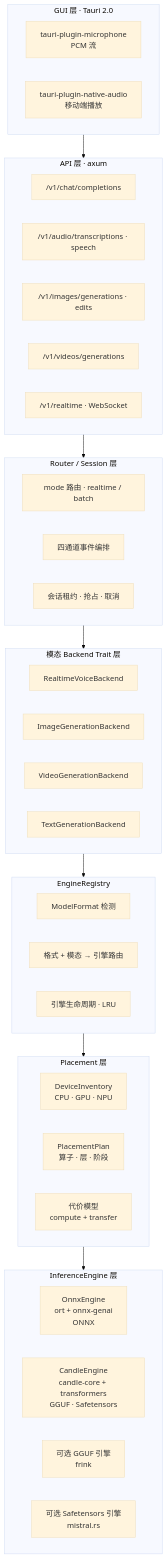
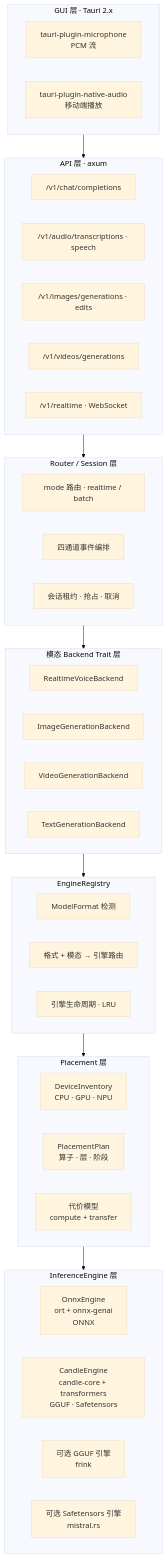
One commit to hongweifei/UniInfer changed the diagram in docs/DESIGN.md. Above: the diagram before and after it, drawn with Mermaid (base theme). The commit also changed other lines of this file and 2 other files, not shown here.

````diff
--- a/docs/DESIGN.md
+++ b/docs/DESIGN.md
@@ -22,50 +22,50 @@
 ```mermaid
 flowchart TB
     subgraph API["API 层 · axum"]
         A1["/v1/chat/completions"]
         A2["/v1/audio/transcriptions · speech"]
         A3["/v1/images/generations · edits"]
         A4["/v1/videos/generations"]
         A5["/v1/realtime · WebSocket"]
     end
 
     subgraph Router["Router / Session 层"]
         R1["mode 路由 · realtime / batch"]
         R2["四通道事件编排"]
         R3["会话租约 · 抢占 · 取消"]
     end
 
     subgraph Traits["模态 Backend Trait 层"]
         T1["RealtimeVoiceBackend"]
         T2["ImageGenerationBackend"]
         T3["VideoGenerationBackend"]
         T4["TextGenerationBackend"]
     end
 
     subgraph Registry["EngineRegistry"]
         RG1["ModelFormat 检测"]
         RG2["格式 + 模态 → 引擎路由"]
         RG3["引擎生命周期 · LRU"]
     end
 
     subgraph Placement["Placement 层"]
         P1["DeviceInventory<br/>CPU · GPU · NPU"]
         P2["PlacementPlan<br/>算子 · 层 · 阶段"]
         P3["代价模型<br/>compute + transfer"]
     end
 
     subgraph Engines["InferenceEngine 层"]
         E1["OnnxEngine<br/>ort + onnx-genai<br/>ONNX"]
         E2["CandleEngine<br/>candle-core + transformers<br/>GGUF · Safetensors"]
         E3["可选 GGUF 引擎<br/>frink"]
         E4["可选 Safetensors 引擎<br/>mistral.rs"]
     end
 
-    subgraph GUI["GUI 层 · Tauri 2.0"]
+    subgraph GUI["GUI 层 · Tauri 2.x"]
         G1["tauri-plugin-microphone<br/>PCM 流"]
         G2["tauri-plugin-native-audio<br/>移动端播放"]
     end
 
     API --> Router --> Traits --> Registry --> Placement --> Engines
     GUI --> API
 ```
````
